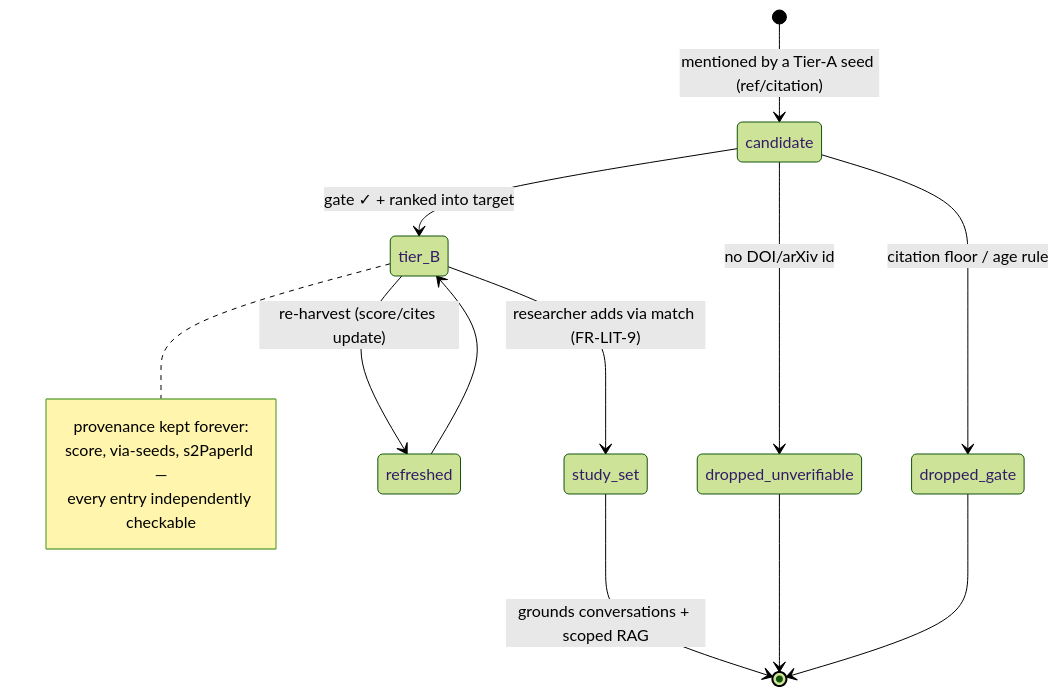
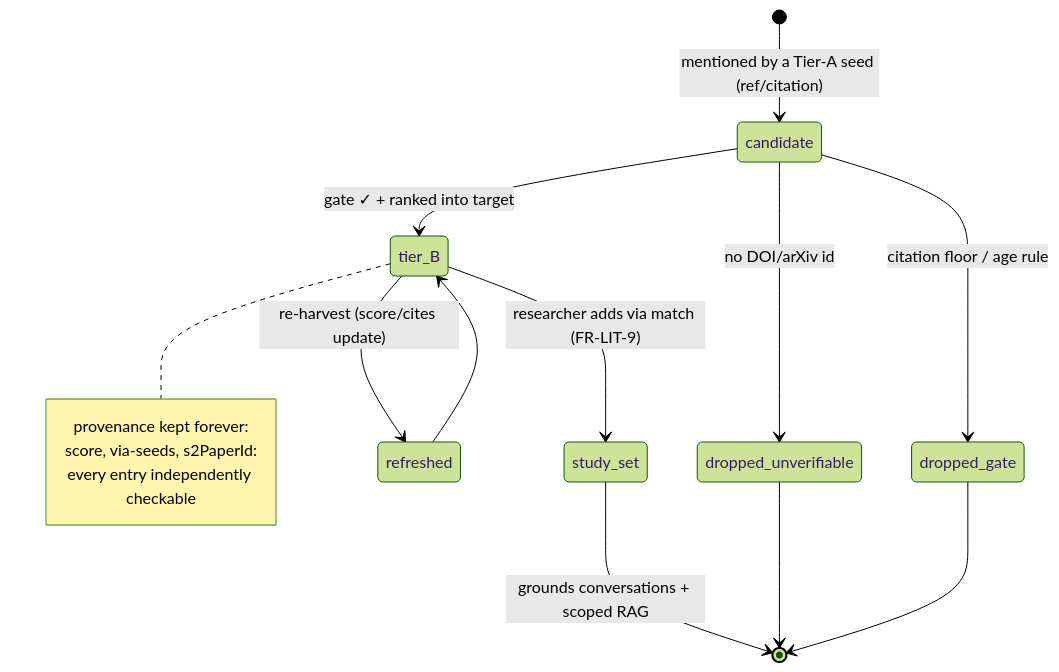
One commit to idreesshaikh/human-ai-studies-framework changed the fourth of 5 diagrams in docs/design/state-machines.md. Above: the diagram before and after it, drawn with Mermaid (forest theme). The commit also changed other lines of this file and 93 other files, not shown here.

````diff
--- a/docs/design/state-machines.md
+++ b/docs/design/state-machines.md
@@ -68,19 +68,19 @@
 ```mermaid
 stateDiagram-v2
     [*] --> candidate : mentioned by a Tier-A seed (ref/citation)
     candidate --> dropped_unverifiable : no DOI/arXiv id
     candidate --> dropped_gate : citation floor / age rule
     candidate --> tier_B : gate ✓ + ranked into target
     tier_B --> refreshed : re-harvest (score/cites update)
     refreshed --> tier_B
     tier_B --> study_set : researcher adds via match (FR-LIT-9)
     study_set --> [*] : grounds conversations + scoped RAG
     dropped_unverifiable --> [*]
     dropped_gate --> [*]
 
     note right of tier_B
         provenance kept forever:
-        score, via-seeds, s2PaperId —
+        score, via-seeds, s2PaperId:
         every entry independently checkable
     end note
 ```
````
